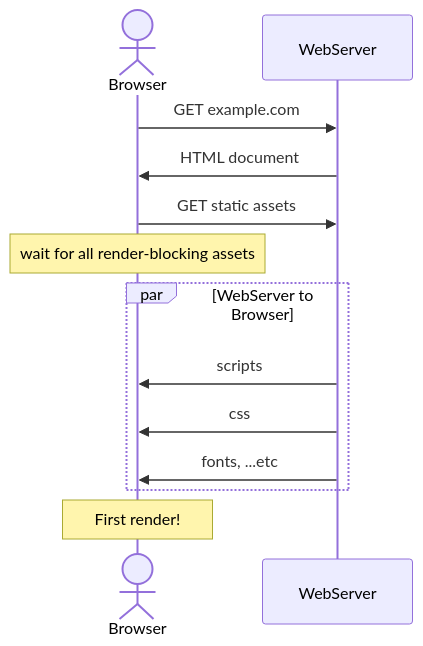
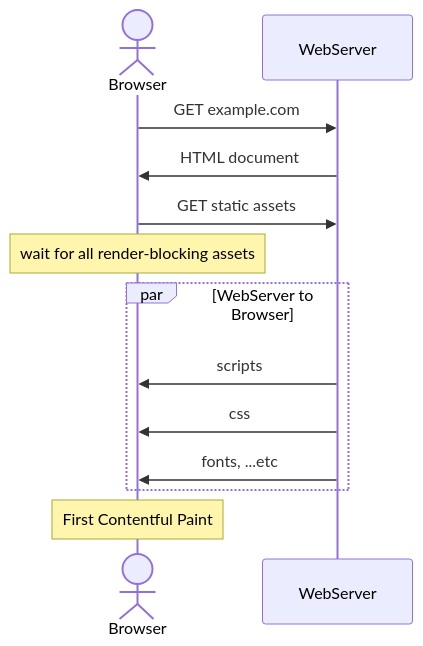
Before and after one commit to wenchonglee/paradigms: the first of 2 diagrams in README.md, drawn with Mermaid. The commit also changed other lines of this file and 27 other files, not shown here.

````diff
--- a/README.md
+++ b/README.md
@@ -97,14 +97,14 @@
 ```mermaid
 sequenceDiagram
     actor Browser
     Browser->>WebServer: GET example.com
     WebServer->>Browser: HTML document
     Browser->>WebServer: GET static assets
     Note over Browser: wait for all render-blocking assets
     par WebServer to Browser
       WebServer->>Browser: scripts
       WebServer->>Browser: css
       WebServer->>Browser: fonts, ...etc
     end
-    Note over Browser: First render!
+    Note over Browser: First Contentful Paint
 ```
````
